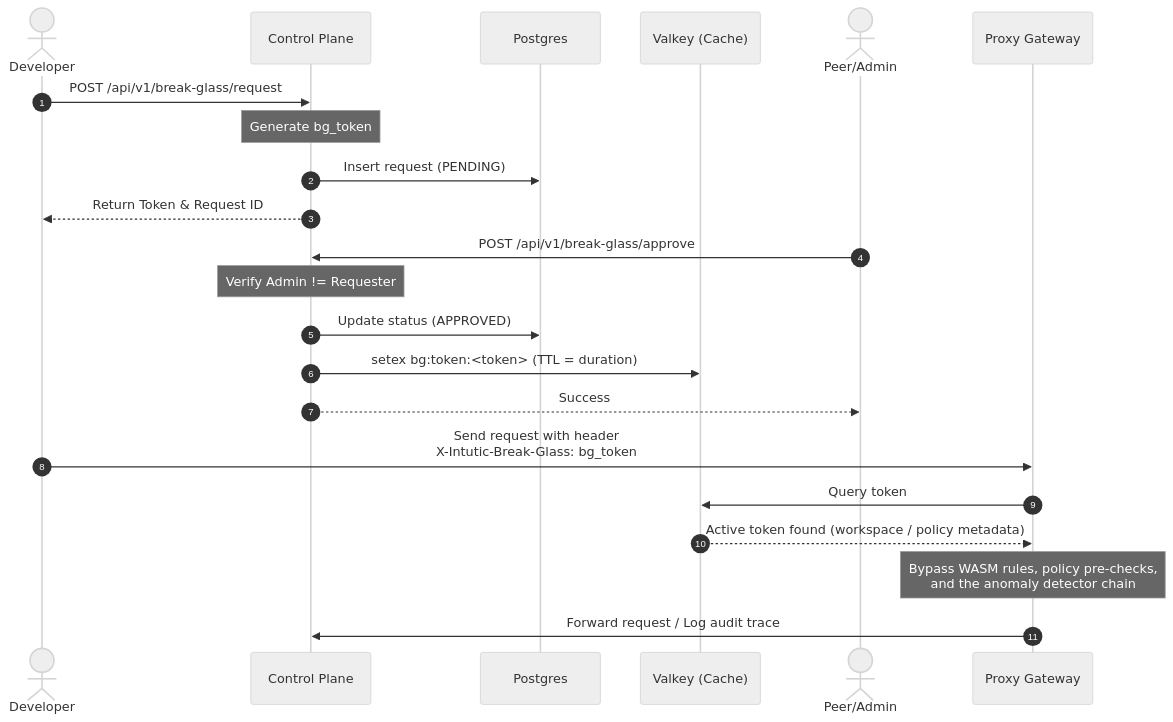
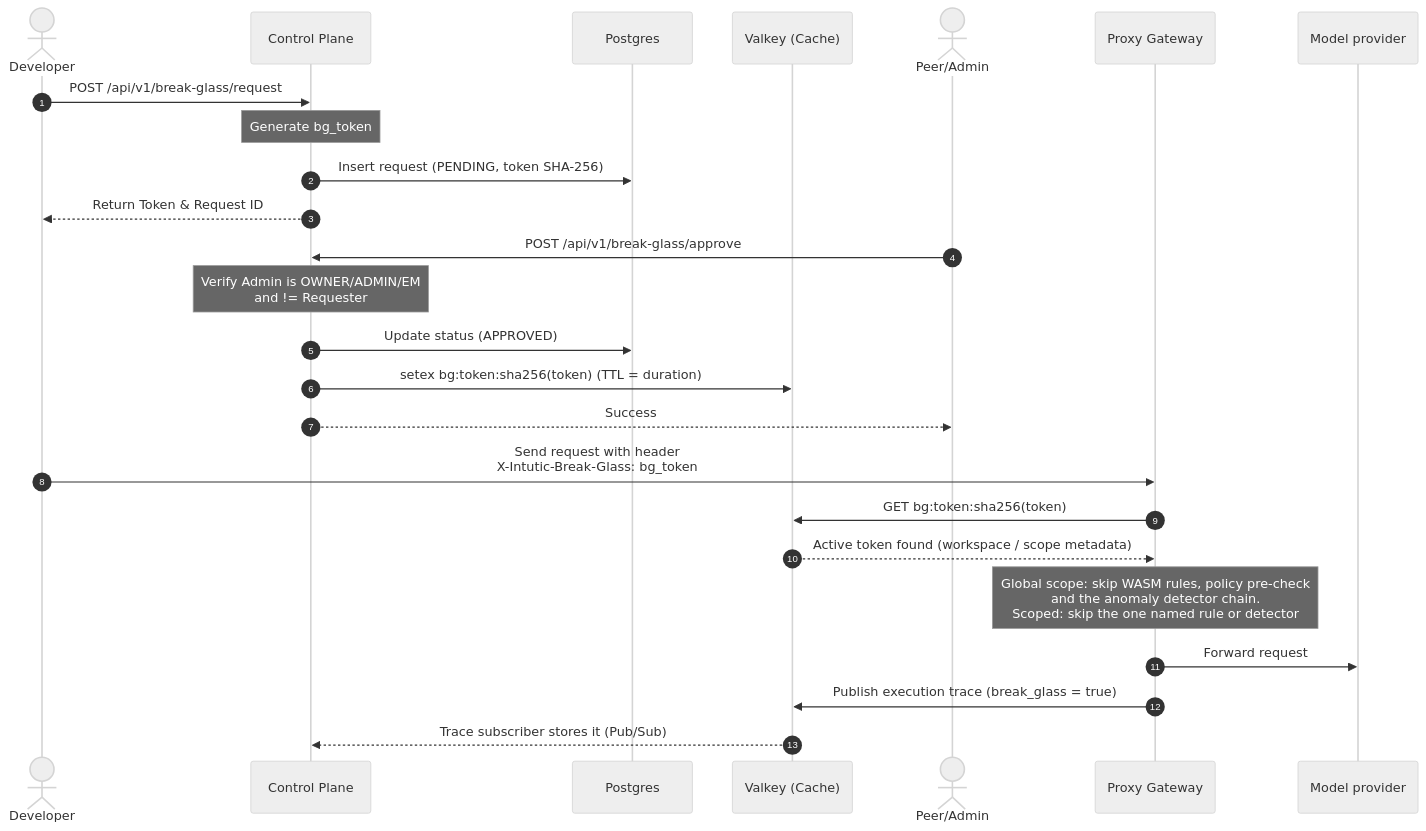
Before and after one commit to intutic/intutic: the diagram in apps/docs/guide/break-glass.md, drawn with Mermaid (neutral theme). The commit also changed other lines of this file and 12 other files, not shown here.

````diff
--- a/apps/docs/guide/break-glass.md
+++ b/apps/docs/guide/break-glass.md
@@ -17,27 +17,30 @@
 ```mermaid
 sequenceDiagram
     autonumber
     actor Dev as Developer
     participant CP as Control Plane
     participant DB as Postgres
     participant VK as Valkey (Cache)
     actor Admin as Peer/Admin
     participant PR as Proxy Gateway
+    participant LLM as Model provider
 
     Dev->>CP: POST /api/v1/break-glass/request
     Note over CP: Generate bg_token
-    CP->>DB: Insert request (PENDING)
+    CP->>DB: Insert request (PENDING, token SHA-256)
     CP-->>Dev: Return Token & Request ID
     
     Admin->>CP: POST /api/v1/break-glass/approve
-    Note over CP: Verify Admin != Requester
+    Note over CP: Verify Admin is OWNER/ADMIN/EM<br/>and != Requester
     CP->>DB: Update status (APPROVED)
-    CP->>VK: setex bg:token:<token> (TTL = duration)
+    CP->>VK: setex bg:token:sha256(token) (TTL = duration)
     CP-->>Admin: Success
 
     Dev->>PR: Send request with header<br/>X-Intutic-Break-Glass: bg_token
-    PR->>VK: Query token
-    VK-->>PR: Active token found (workspace / policy metadata)
-    Note over PR: Bypass WASM rules, policy pre-checks,<br/>and the anomaly detector chain
-    PR->>CP: Forward request / Log audit trace
+    PR->>VK: GET bg:token:sha256(token)
+    VK-->>PR: Active token found (workspace / scope metadata)
+    Note over PR: Global scope: skip WASM rules, policy pre-check<br/>and the anomaly detector chain.<br/>Scoped: skip the one named rule or detector
+    PR->>LLM: Forward request
+    PR->>VK: Publish execution trace (break_glass = true)
+    VK-->>CP: Trace subscriber stores it (Pub/Sub)
 ```
````
